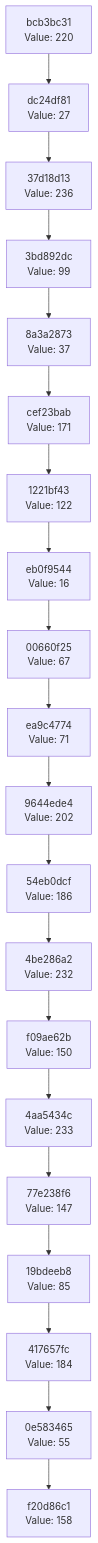
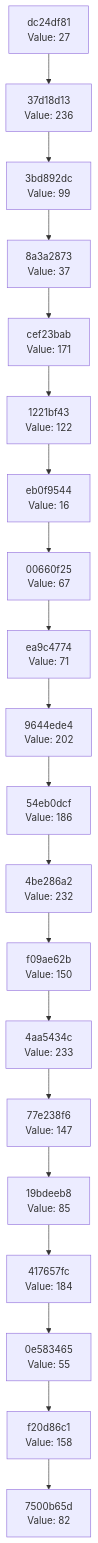
Before and after one commit to Abhisheksinha1506/hash-chain-evolver: the diagram in docs/CHAIN_VISUALIZATION.md, drawn with Mermaid. The commit also changed 2 other files, not shown here.

Commit message:
Evolution step: hash 0x52 → action executed

````diff
--- a/docs/CHAIN_VISUALIZATION.md
+++ b/docs/CHAIN_VISUALIZATION.md
@@ -3,42 +3,42 @@
 ```mermaid
 graph TD
-    C0["f20d86c1<br/>Value: 158"]
-    C1["0e583465<br/>Value: 55"]
+    C0["7500b65d<br/>Value: 82"]
+    C1["f20d86c1<br/>Value: 158"]
     C1 --> C0
-    C2["417657fc<br/>Value: 184"]
+    C2["0e583465<br/>Value: 55"]
     C2 --> C1
-    C3["19bdeeb8<br/>Value: 85"]
+    C3["417657fc<br/>Value: 184"]
     C3 --> C2
-    C4["77e238f6<br/>Value: 147"]
+    C4["19bdeeb8<br/>Value: 85"]
     C4 --> C3
-    C5["4aa5434c<br/>Value: 233"]
+    C5["77e238f6<br/>Value: 147"]
     C5 --> C4
-    C6["f09ae62b<br/>Value: 150"]
+    C6["4aa5434c<br/>Value: 233"]
     C6 --> C5
-    C7["4be286a2<br/>Value: 232"]
+    C7["f09ae62b<br/>Value: 150"]
     C7 --> C6
-    C8["54eb0dcf<br/>Value: 186"]
+    C8["4be286a2<br/>Value: 232"]
     C8 --> C7
-    C9["9644ede4<br/>Value: 202"]
+    C9["54eb0dcf<br/>Value: 186"]
     C9 --> C8
-    C10["ea9c4774<br/>Value: 71"]
+    C10["9644ede4<br/>Value: 202"]
     C10 --> C9
-    C11["00660f25<br/>Value: 67"]
+    C11["ea9c4774<br/>Value: 71"]
     C11 --> C10
-    C12["eb0f9544<br/>Value: 16"]
+    C12["00660f25<br/>Value: 67"]
     C12 --> C11
-    C13["1221bf43<br/>Value: 122"]
+    C13["eb0f9544<br/>Value: 16"]
     C13 --> C12
-    C14["cef23bab<br/>Value: 171"]
+    C14["1221bf43<br/>Value: 122"]
     C14 --> C13
-    C15["8a3a2873<br/>Value: 37"]
+    C15["cef23bab<br/>Value: 171"]
     C15 --> C14
-    C16["3bd892dc<br/>Value: 99"]
+    C16["8a3a2873<br/>Value: 37"]
     C16 --> C15
-    C17["37d18d13<br/>Value: 236"]
+    C17["3bd892dc<br/>Value: 99"]
     C17 --> C16
-    C18["dc24df81<br/>Value: 27"]
+    C18["37d18d13<br/>Value: 236"]
     C18 --> C17
-    C19["bcb3bc31<br/>Value: 220"]
+    C19["dc24df81<br/>Value: 27"]
     C19 --> C18
 ```
````
